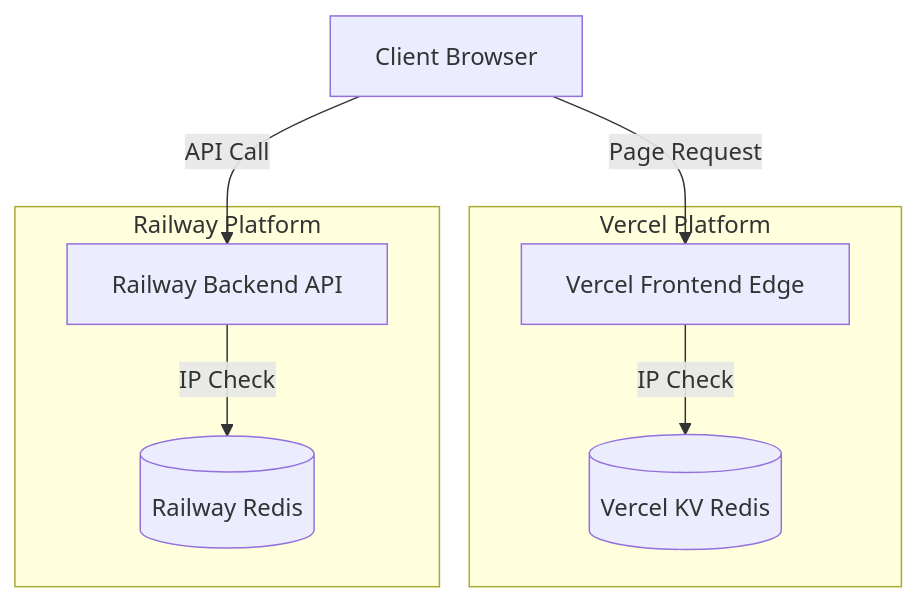
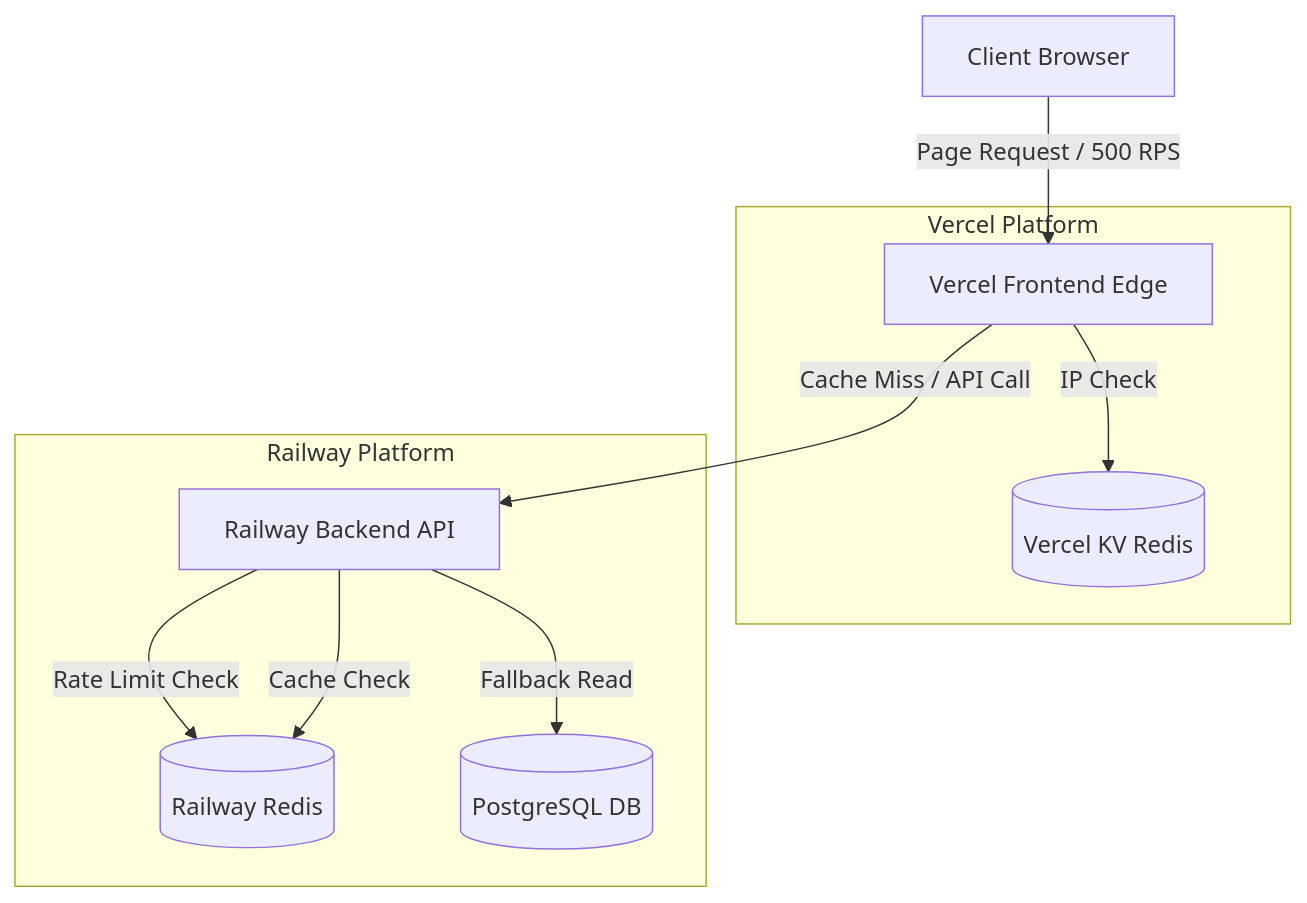
The diagram in docs/rate-limit-plan.md (KidCute1412/miracle-auction-platform), drawn with Mermaid before and after one commit. The commit also changed other lines of this file and 8 other files, not shown here.

````diff
--- a/docs/rate-limit-plan.md
+++ b/docs/rate-limit-plan.md
@@ -7,13 +7,15 @@
 ```mermaid
 graph TD
-    Client[Client Browser] -->|Page Request| VercelEdge["Vercel Frontend Edge"]
-    Client -->|API Call| RailwayAPI["Railway Backend API"]
+    Client[Client Browser] -->|Page Request / 500 RPS| VercelEdge["Vercel Frontend Edge"]
+    VercelEdge -->|Cache Miss / API Call| RailwayAPI["Railway Backend API"]
     
     subgraph Vercel["Vercel Platform"]
         VercelEdge -->|IP Check| VercelKV[("Vercel KV Redis")]
     end
 
     subgraph Railway["Railway Platform"]
-        RailwayAPI -->|IP Check| RailwayRedis[("Railway Redis")]
+        RailwayAPI -->|Rate Limit Check| RailwayRedis[("Railway Redis")]
+        RailwayAPI -->|Cache Check| RailwayRedis
+        RailwayAPI -->|Fallback Read| PostgreSQL[("PostgreSQL DB")]
     end
 ```
````
